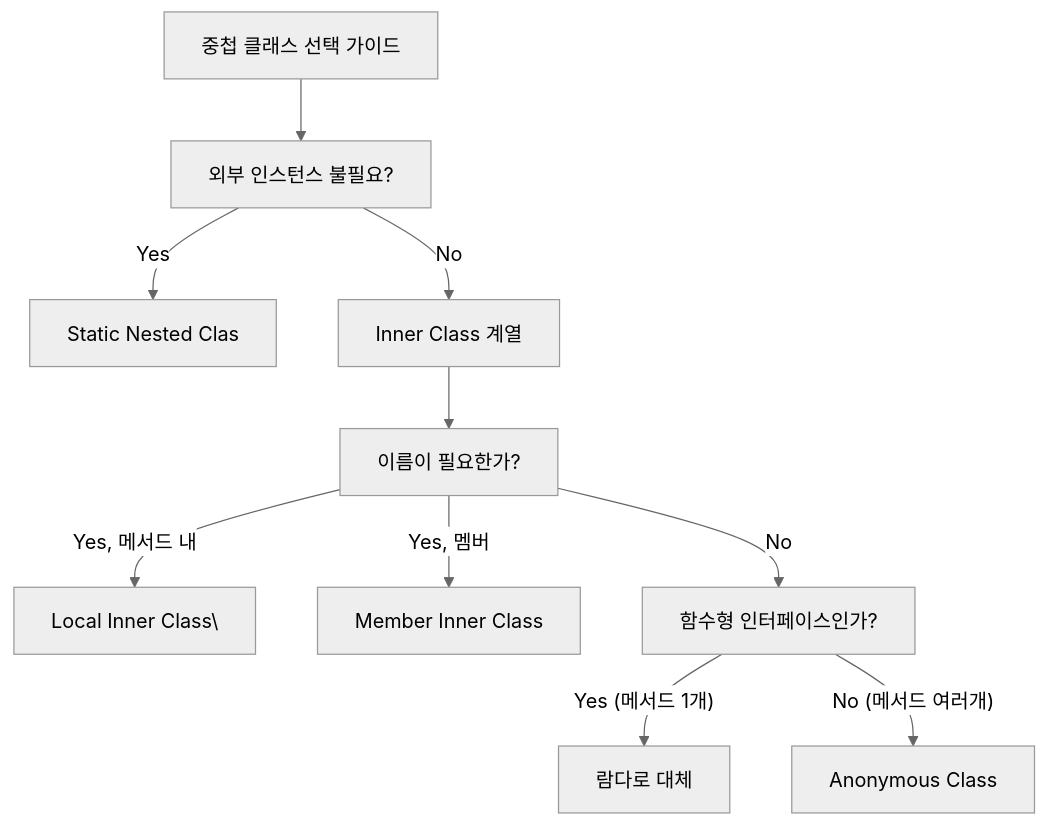
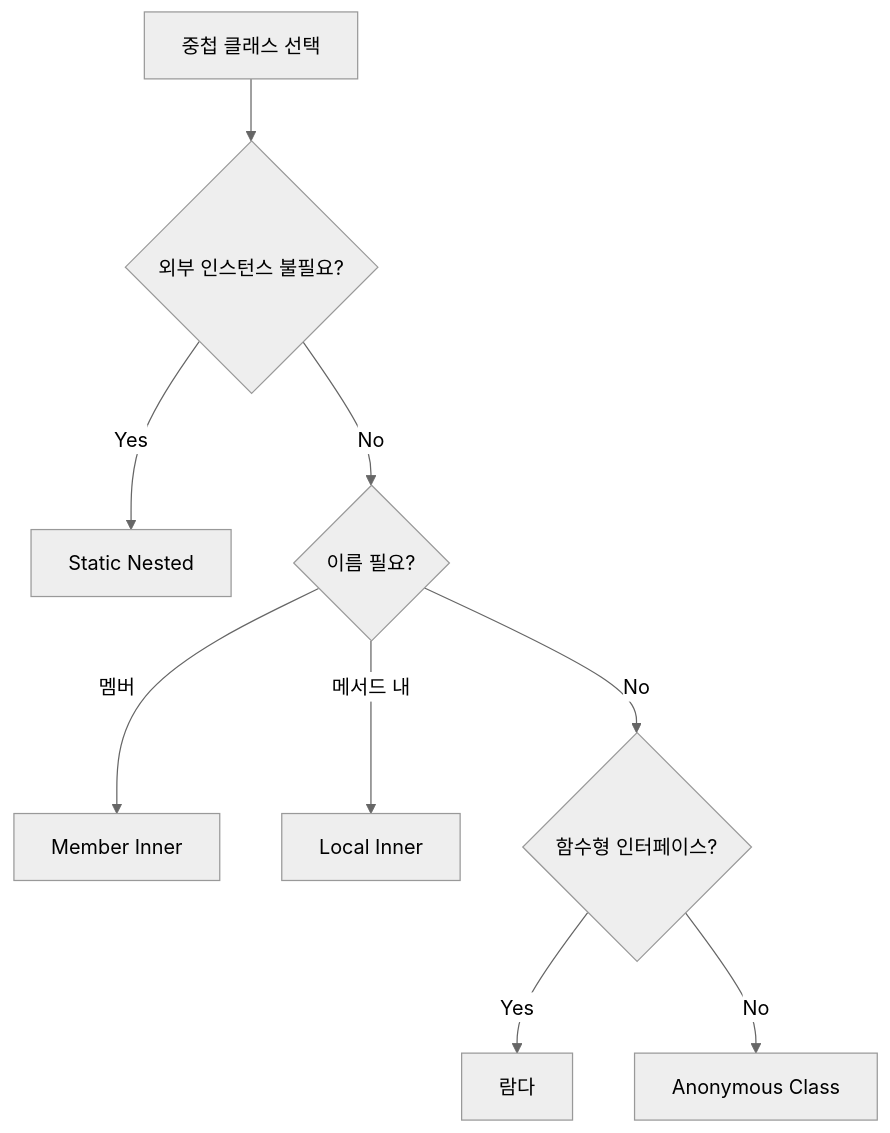
Before and after one commit to yjkim2015/yjkim2015.github.io: the third of 3 diagrams in _posts/java/2026-05-01-java-nested-class.md, drawn with Mermaid (neutral theme). The commit also changed other lines of this file and 155 other files, not shown here.

First line of the commit message:
Mermaid 전면 수정: subgraph 제거, participant/노드/줄수 축소 (342블록)

````diff
--- a/_posts/java/2026-05-01-java-nested-class.md
+++ b/_posts/java/2026-05-01-java-nested-class.md
@@ -693,12 +689,11 @@
 ```mermaid
 graph TD
-    A["중첩 클래스 선택 가이드"] --> B["외부 인스턴스 불필요?"]
-    B -->|"Yes"| C["Static Nested Clas"]
-    B -->|"No"| D["Inner Class 계열"]
-    D --> E["이름이 필요한가?"]
-    E -->|"Yes, 메서드 내"| F["Local Inner Class\"]
-    E -->|"Yes, 멤버"| G["Member Inner Class"]
-    E -->|"No"| H["함수형 인터페이스인가?"]
-    H -->|"Yes (메서드 1개)"| I["람다로 대체"]
-    H -->|"No (메서드 여러개)"| J["Anonymous Class"]
+    A["중첩 클래스 선택"] --> B{"외부 인스턴스 불필요?"}
+    B -->|"Yes"| C["Static Nested"]
+    B -->|"No"| D{"이름 필요?"}
+    D -->|"멤버"| G["Member Inner"]
+    D -->|"메서드 내"| F["Local Inner"]
+    D -->|"No"| H{"함수형 인터페이스?"}
+    H -->|"Yes"| I["람다"]
+    H -->|"No"| J["Anonymous Class"]
 ```
````
